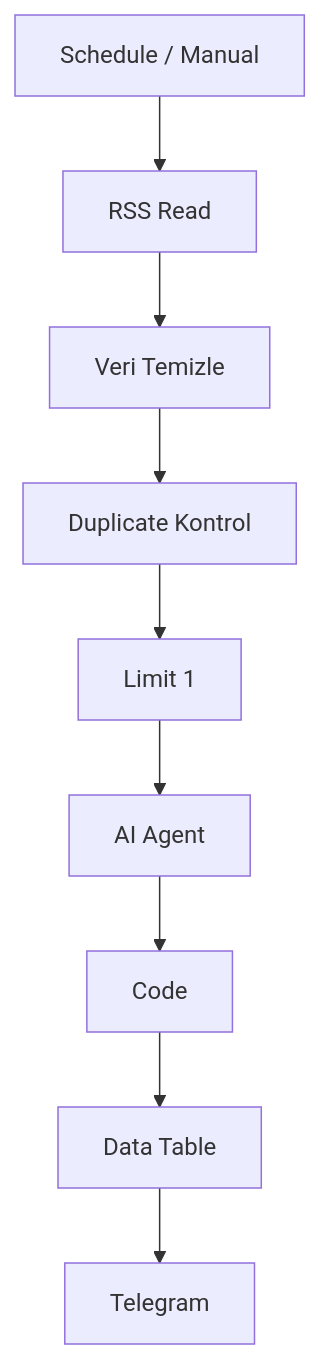
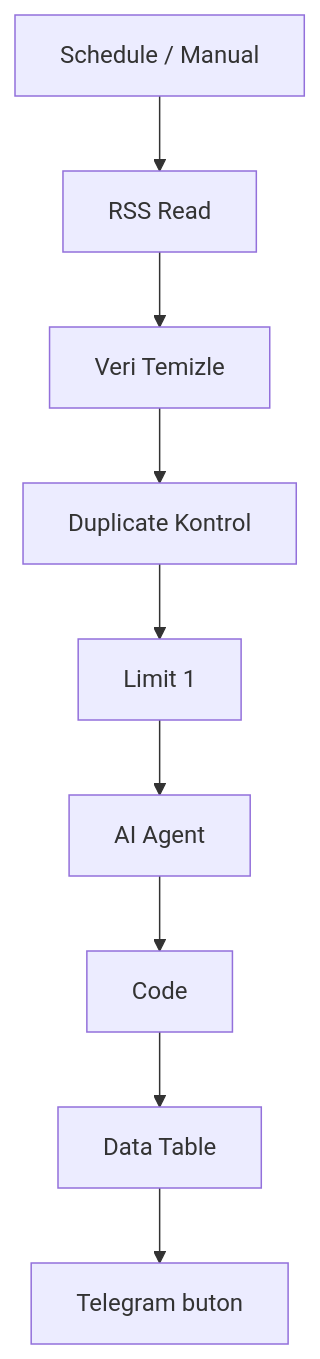
Before and after one commit to mustafaxln/social-media-agent: the third of 6 diagrams in docs/akis-semasi.md, drawn with Mermaid. The commit also changed other lines of this file and 25 other files, not shown here.

````diff
--- a/docs/akis-semasi.md
+++ b/docs/akis-semasi.md
@@ -32,11 +35,11 @@
 ```mermaid
 flowchart TD
     A[Schedule / Manual] --> B[RSS Read]
     B --> C[Veri Temizle]
     C --> D[Duplicate Kontrol]
     D --> E[Limit 1]
     E --> F[AI Agent]
     F --> G[Code]
     G --> H[Data Table]
-    H --> I[Telegram]
+    H --> I[Telegram buton]
 ```
````
